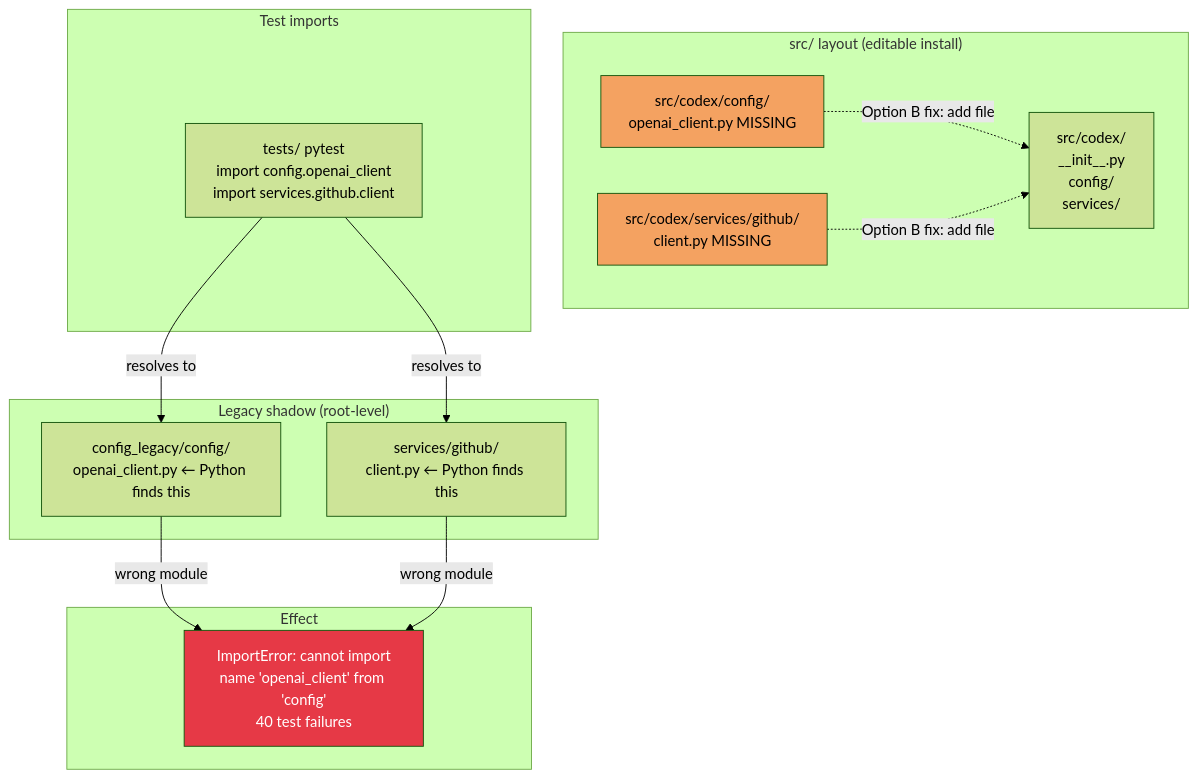
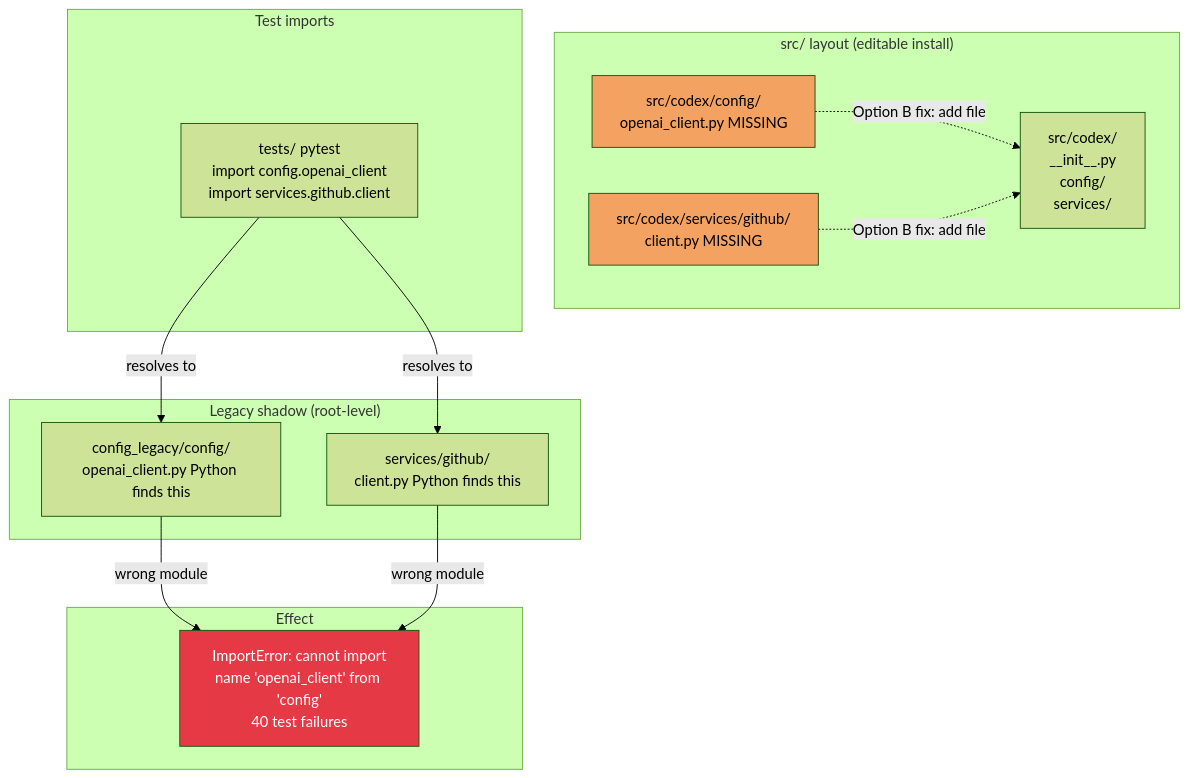
The tenth of 18 diagrams in docs/CODEBASE_MERMAID_MAPS.md (Aries-Serpent/_codex_), drawn with Mermaid (forest theme) before and after one commit. The commit also changed other lines of this file and 4117 other files, not shown here.

````diff
--- a/docs/CODEBASE_MERMAID_MAPS.md
+++ b/docs/CODEBASE_MERMAID_MAPS.md
@@ -385,32 +460,34 @@
 ```mermaid
 %%{init: {'accessibility': {'title': 'Flowchart showing src/codex/\n__init__.py\nconfig/\nservices/, src/codex/config/\nopenai_client.py MISSING'}}%%
+
 graph TD
  subgraph "src/ layout (editable install)"
  SRC_CODEX[src/codex/\n__init__.py\nconfig/\nservices/]
  SRC_CONFIG[src/codex/config/\nopenai_client.py MISSING]
  SRC_SVC[src/codex/services/github/\nclient.py MISSING]
  end
 
  subgraph "Legacy shadow (root-level)"
- LEGACY_CONFIG[config_legacy/config/\nopenai_client.py ← Python finds this]
- LEGACY_SVC[services/github/\nclient.py ← Python finds this]
+ LEGACY_CONFIG[config_legacy/config/\nopenai_client.py Python finds this]
+ LEGACY_SVC[services/github/\nclient.py Python finds this]
  end
 
  subgraph "Test imports"
  TEST[tests/ pytest\nimport config.openai_client\nimport services.github.client]
  end
 
  subgraph "Effect"
  ERR[ImportError: cannot import\nname 'openai_client' from 'config'\n40 test failures]
  end
 
  TEST -->|resolves to| LEGACY_CONFIG & LEGACY_SVC
+
  LEGACY_CONFIG & LEGACY_SVC -->|wrong module| ERR
 
  SRC_CONFIG -.->|Option B fix: add file| SRC_CODEX
  SRC_SVC -.->|Option B fix: add file| SRC_CODEX
 
  style ERR fill:#e63946,color:#fff
  style SRC_CONFIG fill:#f4a261,color:#000
  style SRC_SVC fill:#f4a261,color:#000
 ```
````
